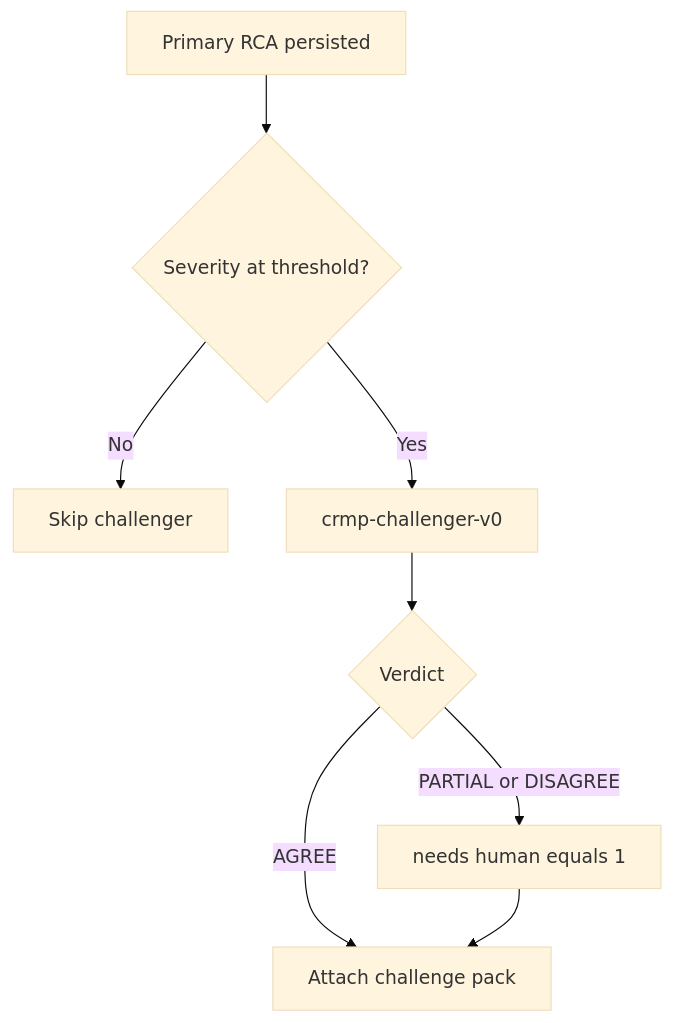
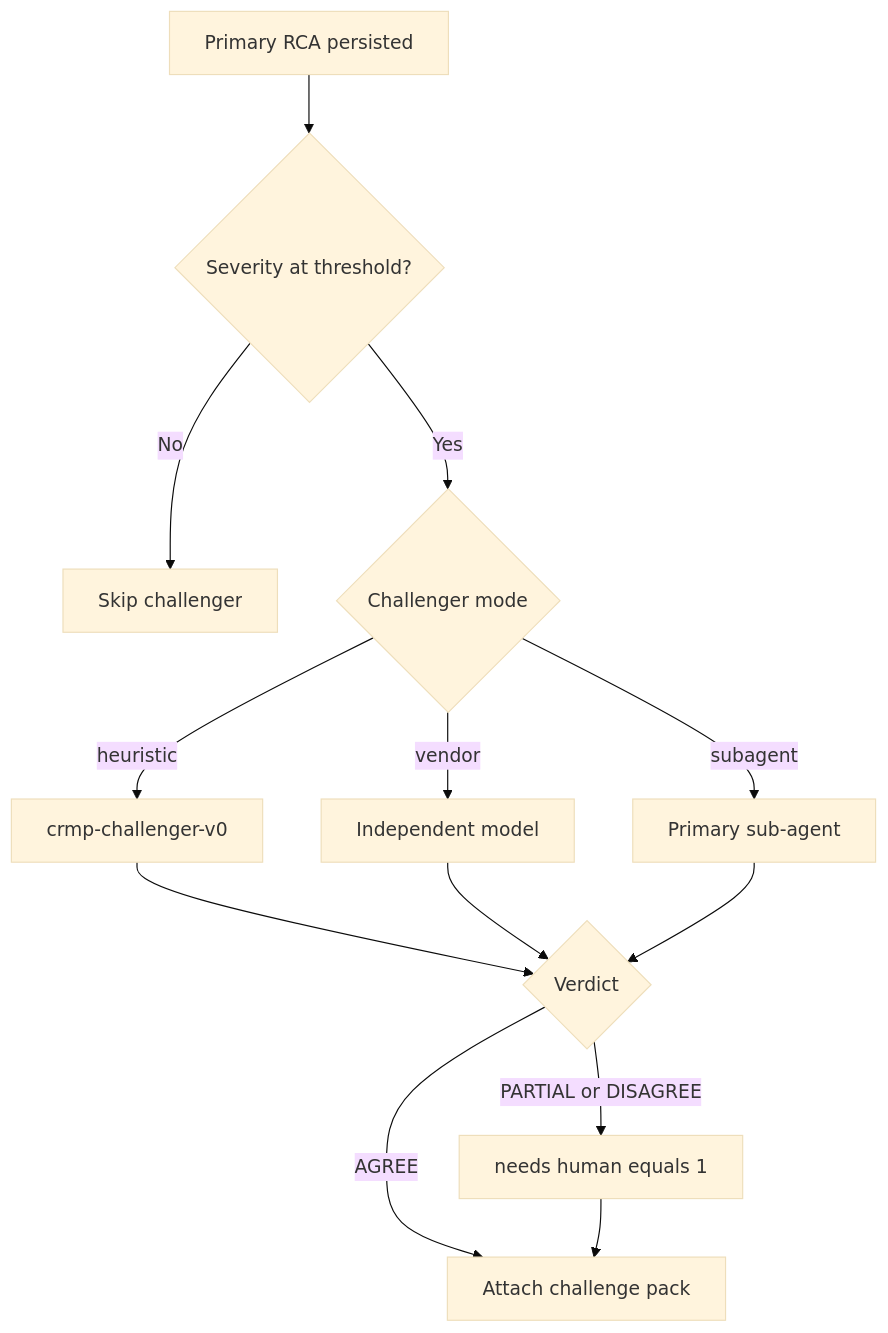
Before and after one commit to hxyan2020/PRD: the fifth of 12 diagrams in platform/docs/TSD.md, drawn with Mermaid (base theme). The commit also changed other lines of this file and 22 other files, not shown here.

````diff
--- a/platform/docs/TSD.md
+++ b/platform/docs/TSD.md
@@ -458,10 +467,15 @@
 ```mermaid
 graph TD
   Rca[Primary RCA persisted] --> Cmp{Severity at threshold?}
   Cmp -->|No| Skip[Skip challenger]
-  Cmp -->|Yes| Run[crmp-challenger-v0]
-  Run --> V{Verdict}
+  Cmp -->|Yes| Mode{Challenger mode}
+  Mode -->|heuristic| RunH[crmp-challenger-v0]
+  Mode -->|vendor| RunV[Independent model]
+  Mode -->|subagent| RunS[Primary sub-agent]
+  RunH --> V{Verdict}
+  RunV --> V
+  RunS --> V
   V -->|AGREE| Pack[Attach challenge pack]
   V -->|PARTIAL or DISAGREE| Human[needs human equals 1]
   Human --> Pack
 ```
````
